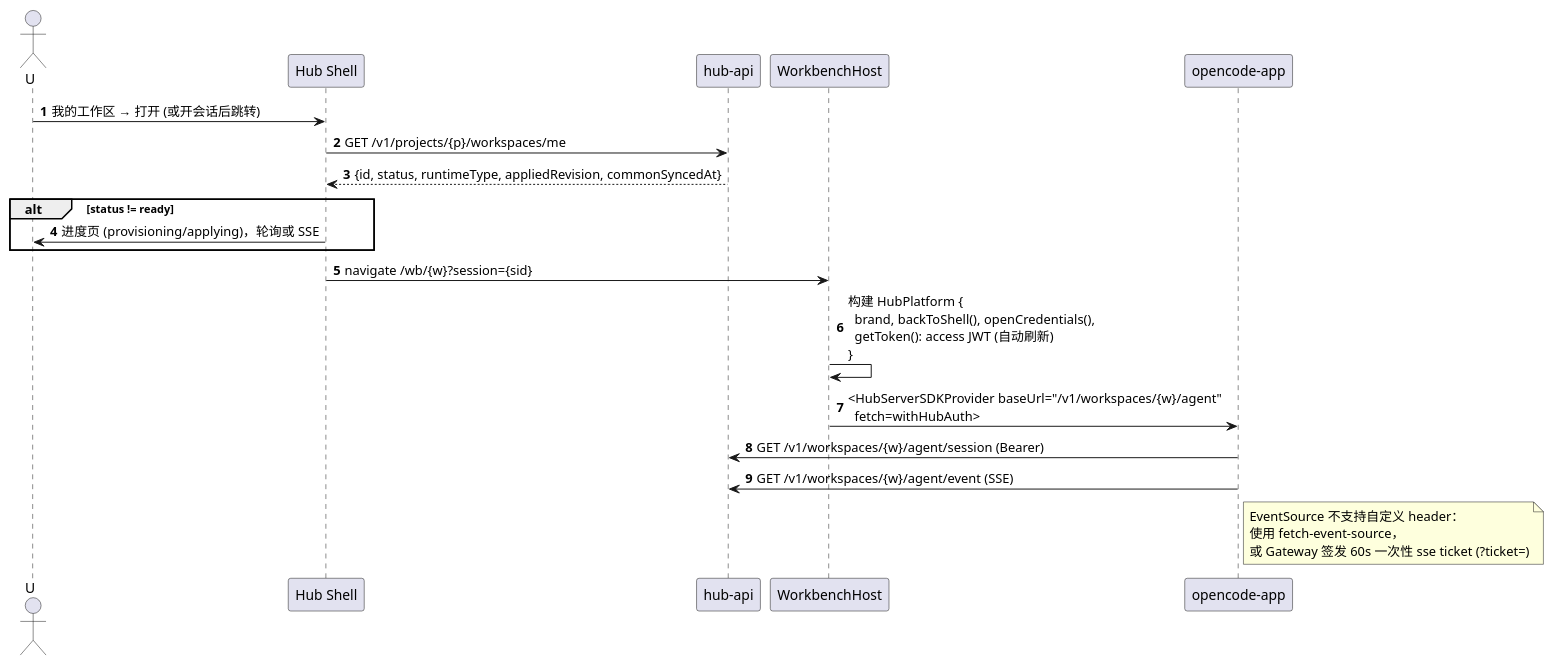
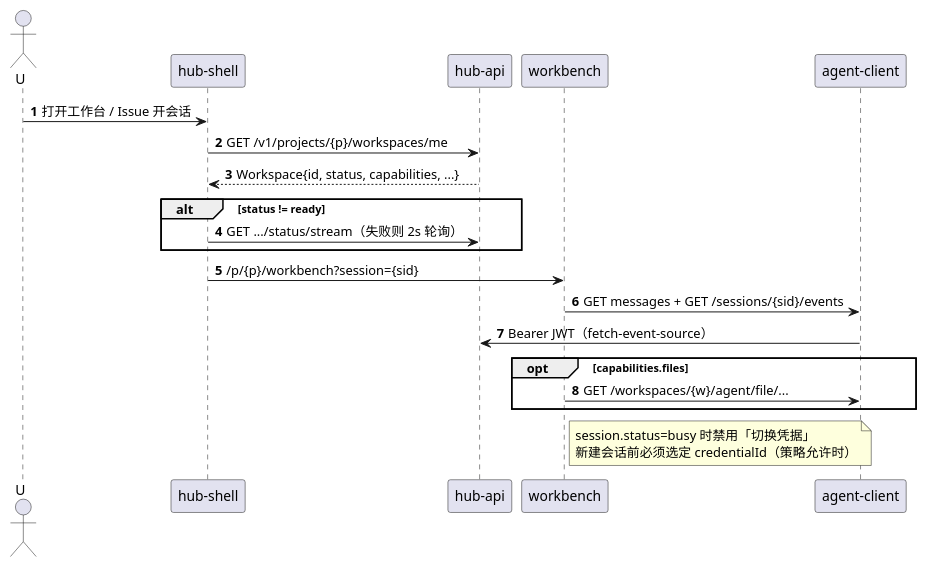
The second of 2 diagrams in docs/architecture/10-frontend.md (JackLuguibin/AgentHubEx), drawn with PlantUML before and after one commit. The commit also changed other lines of this file and 18 other files, not shown here.

First line of the commit message:
docs: align architecture on React SPA, Drizzle, open-source, intranet

````diff
--- a/docs/architecture/10-frontend.md
+++ b/docs/architecture/10-frontend.md
@@ -82,27 +89,27 @@
 ```plantuml
 @startuml enter-wb
 autonumber
 actor U
-participant "Hub Shell" as S
+participant "hub-shell" as S
 participant "hub-api" as H
-participant "WorkbenchHost" as WH
-participant "opencode-app" as OA
+participant "workbench" as WB
+participant "agent-client" as C
 
-U -> S : 我的工作区 → 打开 (或开会话后跳转)
+U -> S : 打开工作台 / Issue 开会话
 S -> H : GET /v1/projects/{p}/workspaces/me
-H --> S : {id, status, runtimeType, appliedRevision, commonSyncedAt}
+H --> S : Workspace{id, status, capabilities, ...}
 alt status != ready
-  S -> U : 进度页 (provisioning/applying)，轮询或 SSE
+  S -> H : GET .../status/stream（失败则 2s 轮询）
 end
-S -> WH : navigate /wb/{w}?session={sid}
-WH -> WH : 构建 HubPlatform {\n  brand, backToShell(), openCredentials(),\n  getToken(): access JWT (自动刷新)\n}
-WH -> OA : <HubServerSDKProvider baseUrl="/v1/workspaces/{w}/agent"\n  fetch=withHubAuth>
-OA -> H : GET /v1/workspaces/{w}/agent/session (Bearer)
-OA -> H : GET /v1/workspaces/{w}/agent/event (SSE)
-note right of OA
-EventSource 不支持自定义 header：
-使用 fetch-event-source，
-或 Gateway 签发 60s 一次性 sse ticket (?ticket=)
+S -> WB : /p/{p}/workbench?session={sid}
+WB -> C : GET messages + GET /sessions/{sid}/events
+C -> H : Bearer JWT（fetch-event-source）
+opt capabilities.files
+  WB -> C : GET /workspaces/{w}/agent/file/...
+end
+note right of WB
+session.status=busy 时禁用「切换凭据」
+新建会话前必须选定 credentialId（策略允许时）
 end note
 @enduml
 ```
````
